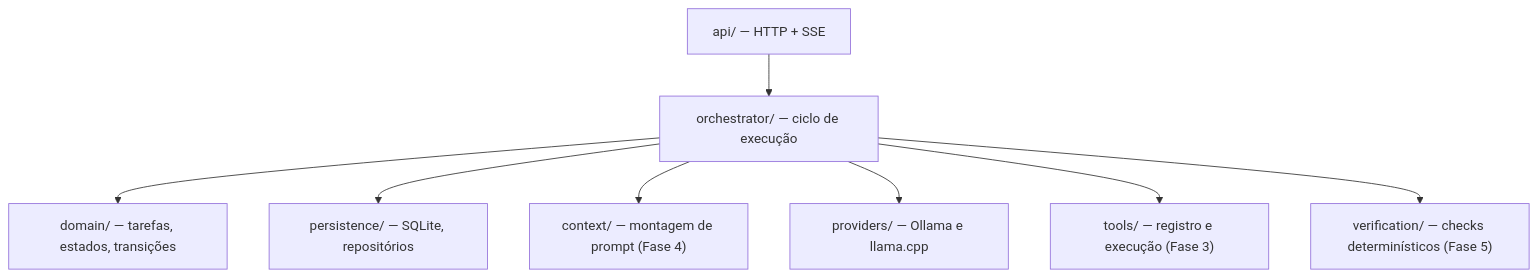
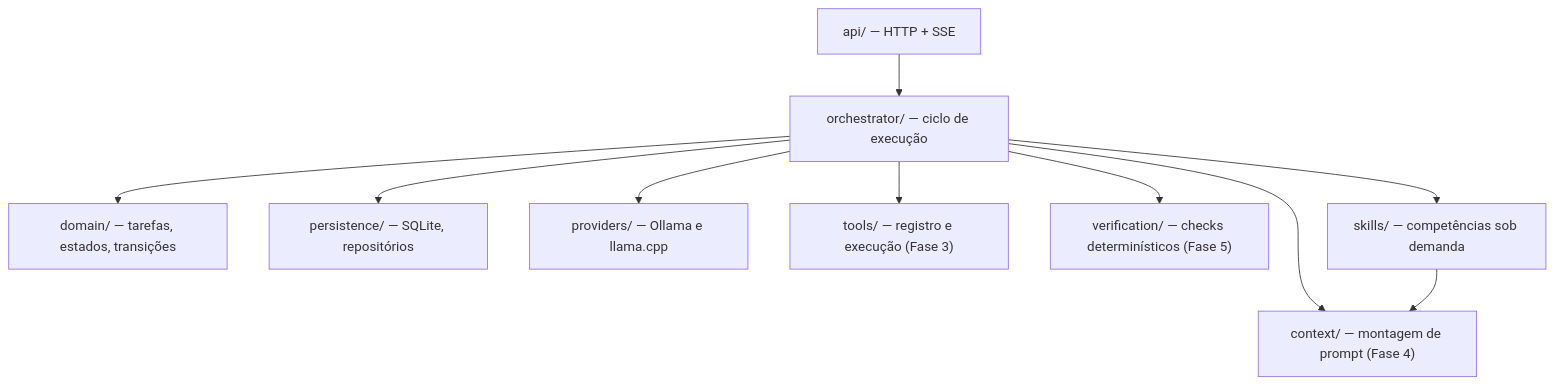
Before and after one commit to HidekiNishida/Callidus: the diagram in docs/architecture/visao-geral.md, drawn with Mermaid. The commit also changed other lines of this file and 24 other files, not shown here.

````diff
--- a/docs/architecture/visao-geral.md
+++ b/docs/architecture/visao-geral.md
@@ -23,18 +23,21 @@
 ```mermaid
 flowchart TB
   API["api/ — HTTP + SSE"]
   ORCH["orchestrator/ — ciclo de execução"]
   DOM["domain/ — tarefas, estados, transições"]
   PERS["persistence/ — SQLite, repositórios"]
   CTX["context/ — montagem de prompt (Fase 4)"]
   PROV["providers/ — Ollama e llama.cpp"]
   TOOLS["tools/ — registro e execução (Fase 3)"]
   VER["verification/ — checks determinísticos (Fase 5)"]
+  SKILL["skills/ — competências sob demanda"]
   API --> ORCH
   ORCH --> DOM
   ORCH --> PERS
   ORCH --> CTX
   ORCH --> PROV
   ORCH --> TOOLS
   ORCH --> VER
+  ORCH --> SKILL
+  SKILL --> CTX
 ```
````
